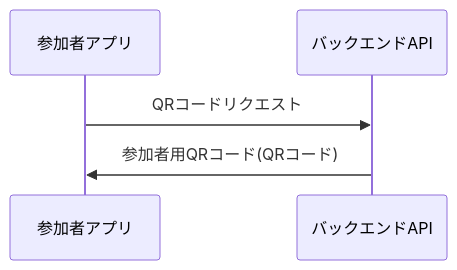
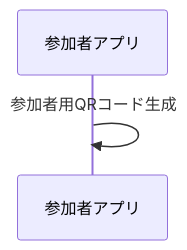
The seventh of 11 diagrams in docs/sequence/mobile.md (after-school-garbage-squad/repaint-architecture), drawn with Mermaid before and after one commit. The commit also changed other lines of this file and 1 other file, not shown here.

````diff
--- a/docs/sequence/mobile.md
+++ b/docs/sequence/mobile.md
@@ -127,7 +127,5 @@
 ```mermaid
 sequenceDiagram
     participant app as 参加者アプリ
-    participant back as バックエンドAPI
-    app ->> back: QRコードリクエスト
-    back ->> app: 参加者用QRコード(QRコード)
+    app ->> app: 参加者用QRコード生成
 ```
````
